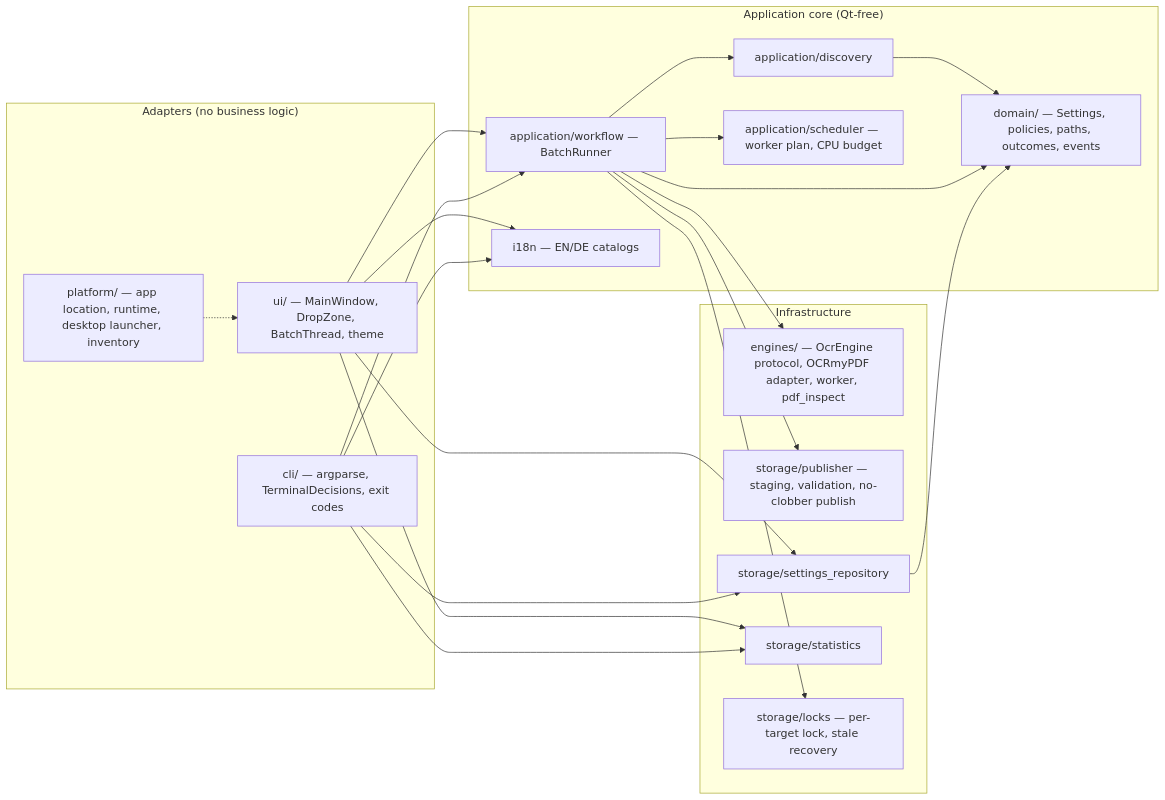
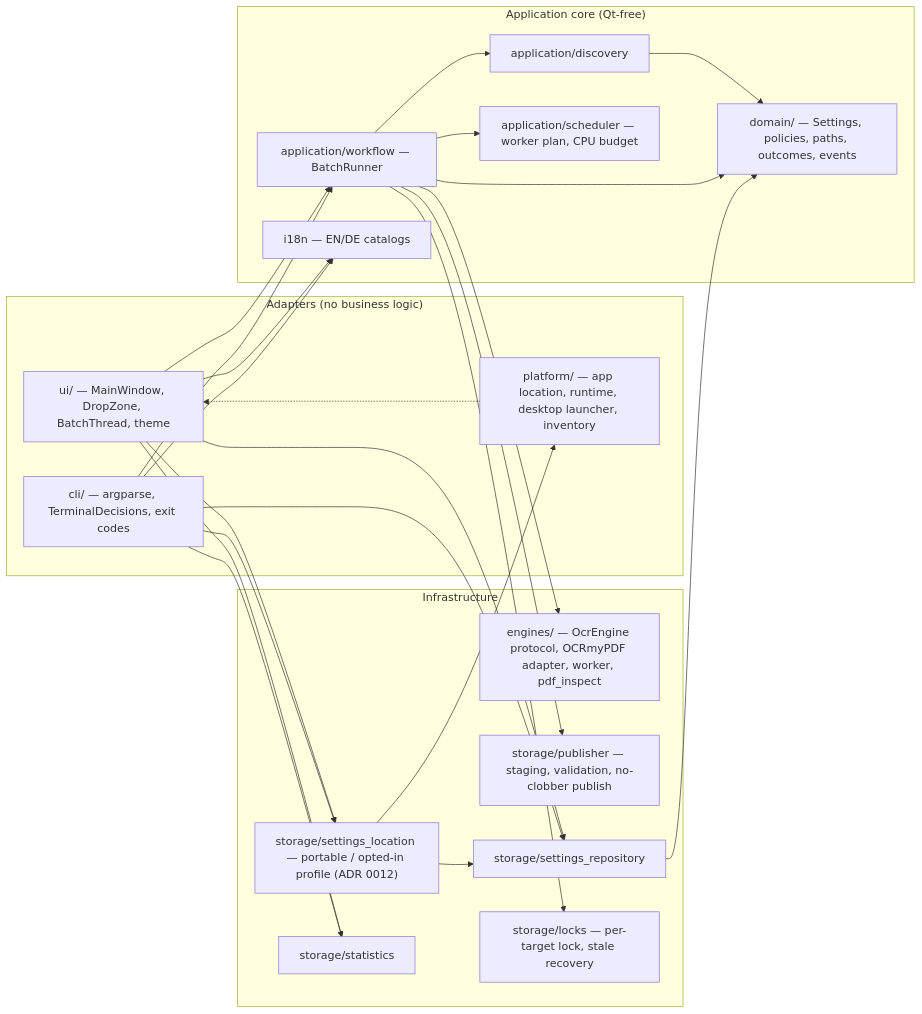
Before and after one commit to marcelpetrick/SearchifyMyPDF: the third of 7 diagrams in docs/architecture.md, drawn with Mermaid. The commit also changed 17 other files, not shown here.

First line of the commit message:
feat(settings): opt-in user-profile settings when the app folder is read-only, portable stays the default (#9)

````diff
--- a/docs/architecture.md
+++ b/docs/architecture.md
@@ -52,39 +52,44 @@
 ```mermaid
 flowchart LR
     subgraph adapters["Adapters (no business logic)"]
         UI["ui/ — MainWindow, DropZone, BatchThread, theme"]
         CLI["cli/ — argparse, TerminalDecisions, exit codes"]
         PLAT["platform/ — app location, runtime, desktop launcher, inventory"]
     end
     subgraph core["Application core (Qt-free)"]
         WF["application/workflow — BatchRunner"]
         DISC["application/discovery"]
         SCHED["application/scheduler — worker plan, CPU budget"]
         DOM["domain/ — Settings, policies, paths, outcomes, events"]
         I18N["i18n — EN/DE catalogs"]
     end
     subgraph infra["Infrastructure"]
         ENG["engines/ — OcrEngine protocol, OCRmyPDF adapter, worker, pdf_inspect"]
         PUB["storage/publisher — staging, validation, no-clobber publish"]
         SREPO["storage/settings_repository"]
+        SLOC["storage/settings_location — portable / opted-in profile (ADR 0012)"]
         STATS["storage/statistics"]
         LOCK["storage/locks — per-target lock, stale recovery"]
     end
     UI --> WF
     CLI --> WF
     UI --> SREPO
     CLI --> SREPO
     UI --> STATS
     CLI --> STATS
     UI --> I18N
     CLI --> I18N
     WF --> DISC
     WF --> SCHED
     WF --> ENG
     WF --> PUB
     WF --> LOCK
     DISC --> DOM
     WF --> DOM
     SREPO --> DOM
+    UI --> SLOC
+    CLI --> SLOC
+    SLOC --> SREPO
+    SLOC --> PLAT
     PLAT -.-> UI
 ```
````
